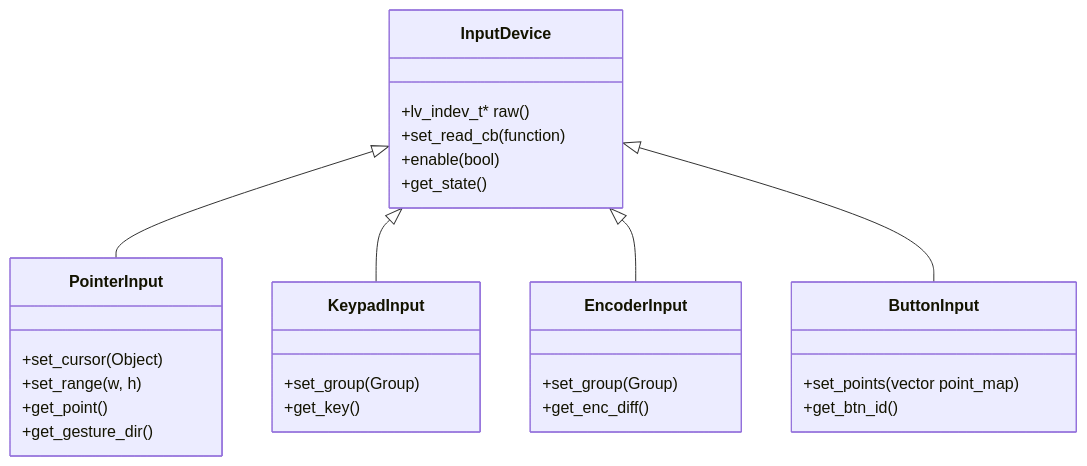
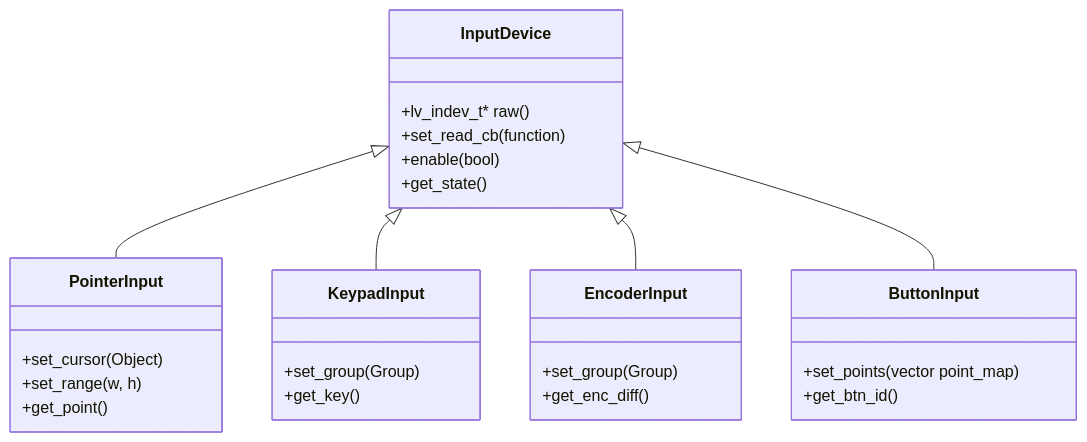
Before and after one commit to pedapudi/lvgl_cpp: the diagram in design/input_devices.md, drawn with Mermaid. The commit also changed other lines of this file and 6 other files, not shown here.

````diff
--- a/design/input_devices.md
+++ b/design/input_devices.md
@@ -62,32 +50,31 @@
 ```mermaid
 classDiagram
     class InputDevice {
         +lv_indev_t* raw()
         +set_read_cb(function)
         +enable(bool)
         +get_state()
     }
     class PointerInput {
         +set_cursor(Object)
         +set_range(w, h)
         +get_point()
-        +get_gesture_dir()
     }
     class KeypadInput {
         +set_group(Group)
         +get_key()
     }
     class EncoderInput {
         +set_group(Group)
         +get_enc_diff()
     }
     class ButtonInput {
         +set_points(vector point_map)
         +get_btn_id()
     }
     
     InputDevice <|-- PointerInput
     InputDevice <|-- KeypadInput
     InputDevice <|-- EncoderInput
     InputDevice <|-- ButtonInput
 ```
````
